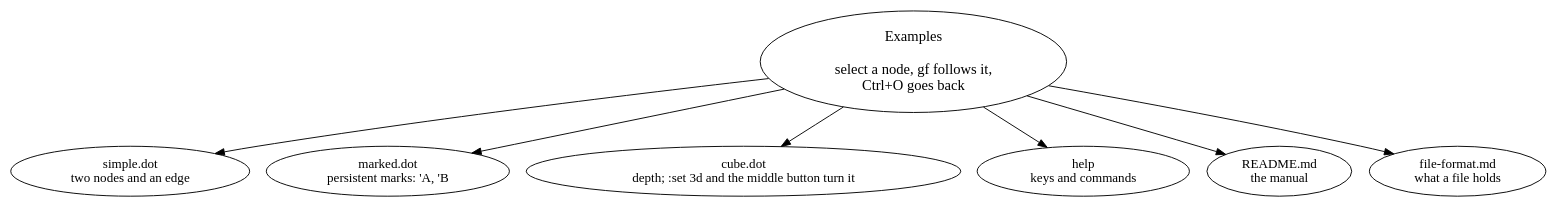
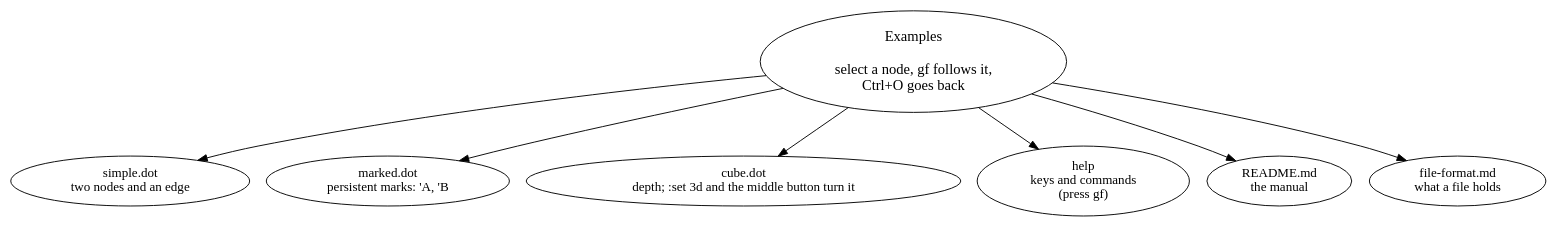
The diagram in examples/index.dot (kareltucek/sane-graph-edit), drawn with Graphviz before and after one commit. The commit also changed 8 other files, not shown here.

First line of the commit message:
Help graph: one node per category, with what was missing

```diff
--- a/examples/index.dot
+++ b/examples/index.dot
@@ -1,16 +1,16 @@
 digraph examples {
   // the way around the examples and the documentation: select a node and press gf, Ctrl+O goes back
   index [label="Examples\n\nselect a node, gf follows it,\nCtrl+O goes back"; pos="0,0!"; fontsize="15.6"];
   simple [label="simple.dot\ntwo nodes and an edge"; pos="-300,150!"; link="simple.dot"; fillcolor="#F6EFC4"];
   marked [label="marked.dot\npersistent marks: 'A, 'B"; pos="0,150!"; link="marked.dot"; fillcolor="#F6EFC4"];
   cube [label="cube.dot\ndepth; :set 3d and the middle button turn it"; pos="350,150!"; link="cube.dot"; fillcolor="#F6EFC4"];
-  help [label="help\nkeys and commands"; pos="-300,-150!"; link="sge:help"; fillcolor="#F6EFC4"];
+  help [label="help\nkeys and commands\n(press gf)"; pos="-300,-150!"; link="sge:help"; fillcolor="#F6EFC4"];
   readme [label="README.md\nthe manual"; pos="0,-150!"; link="../README.md:1-9999"; fillcolor="#F6EFC4"];
   format [label="file-format.md\nwhat a file holds"; pos="300,-150!"; link="../docs/file-format.md:1-9999"; fillcolor="#F6EFC4"];
   index -> simple;
   index -> marked;
   index -> cube;
   index -> help;
   index -> readme;
   index -> format;
 }
```
